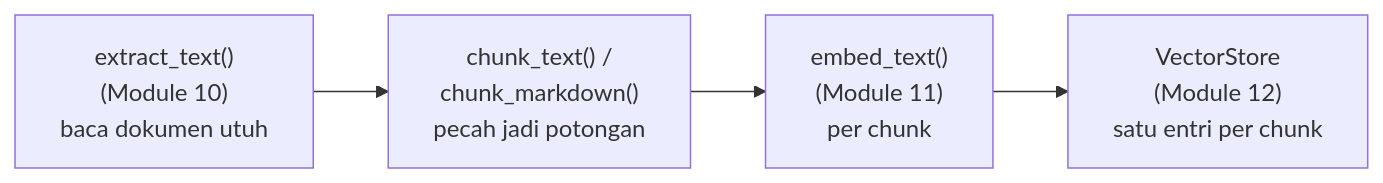
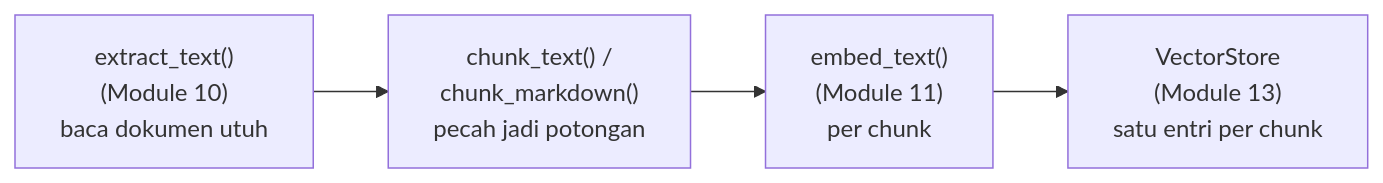
Before and after one commit to githubna-ilham/nala_ai: the second of 2 diagrams in Module-15-Chunking/materi.md, drawn with Mermaid. The commit also changed other lines of this file and 2 other files, not shown here.

Commit message:
Module 15-17 (dulu 14-16): perbaiki H1 title dan semua cross-reference nomor modul setelah pemisahan Module 12/13

````diff
--- a/Module-15-Chunking/materi.md
+++ b/Module-15-Chunking/materi.md
@@ -37,6 +37,6 @@
 ```mermaid
 flowchart LR
     A["extract_text()<br/>(Module 10)<br/>baca dokumen utuh"] --> B["chunk_text() /<br/>chunk_markdown()<br/>pecah jadi potongan"]
     B --> C["embed_text()<br/>(Module 11)<br/>per chunk"]
-    C --> D["VectorStore<br/>(Module 12)<br/>satu entri per chunk"]
+    C --> D["VectorStore<br/>(Module 13)<br/>satu entri per chunk"]
 ```
````
